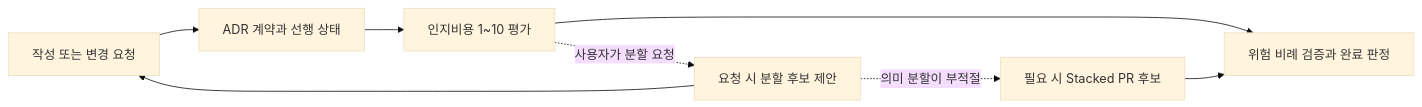
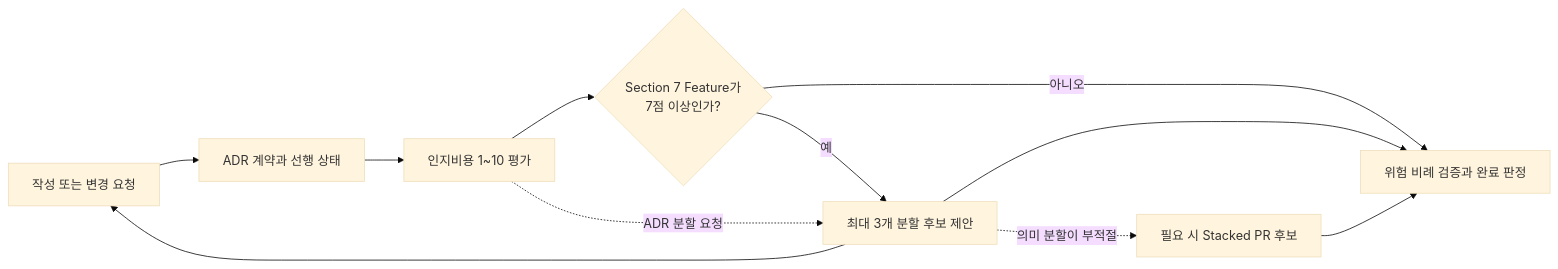
The diagram in docs/adr/delivery/development-flow/0001-safe-proportional-development-gates.md (haandol/alps-writer-mcp), drawn with Mermaid (base theme) before and after one commit. The commit also changed other lines of this file and 40 other files, not shown here.

````diff
--- a/docs/adr/delivery/development-flow/0001-safe-proportional-development-gates.md
+++ b/docs/adr/delivery/development-flow/0001-safe-proportional-development-gates.md
@@ -33,15 +33,18 @@
 ```mermaid
 flowchart LR
     Input[작성 또는 변경 요청]
     Safety[ADR 계약과 선행 상태]
     Assess[인지비용 1~10 평가]
-    Suggest[요청 시 분할 후보 제안]
+    FeatureHigh{Section 7 Feature가<br/>7점 이상인가?}
+    Suggest[최대 3개 분할 후보 제안]
     Stack[필요 시 Stacked PR 후보]
     Verify[위험 비례 검증과 완료 판정]
 
-    Input --> Safety --> Assess --> Verify
-    Assess -. 사용자가 분할 요청 .-> Suggest
+    Input --> Safety --> Assess --> FeatureHigh
+    FeatureHigh -->|아니오| Verify
+    FeatureHigh -->|예| Suggest --> Verify
+    Assess -. ADR 분할 요청 .-> Suggest
     Suggest -. 의미 분할이 부적절 .-> Stack
     Suggest --> Input
     Stack --> Verify
 ```
````
